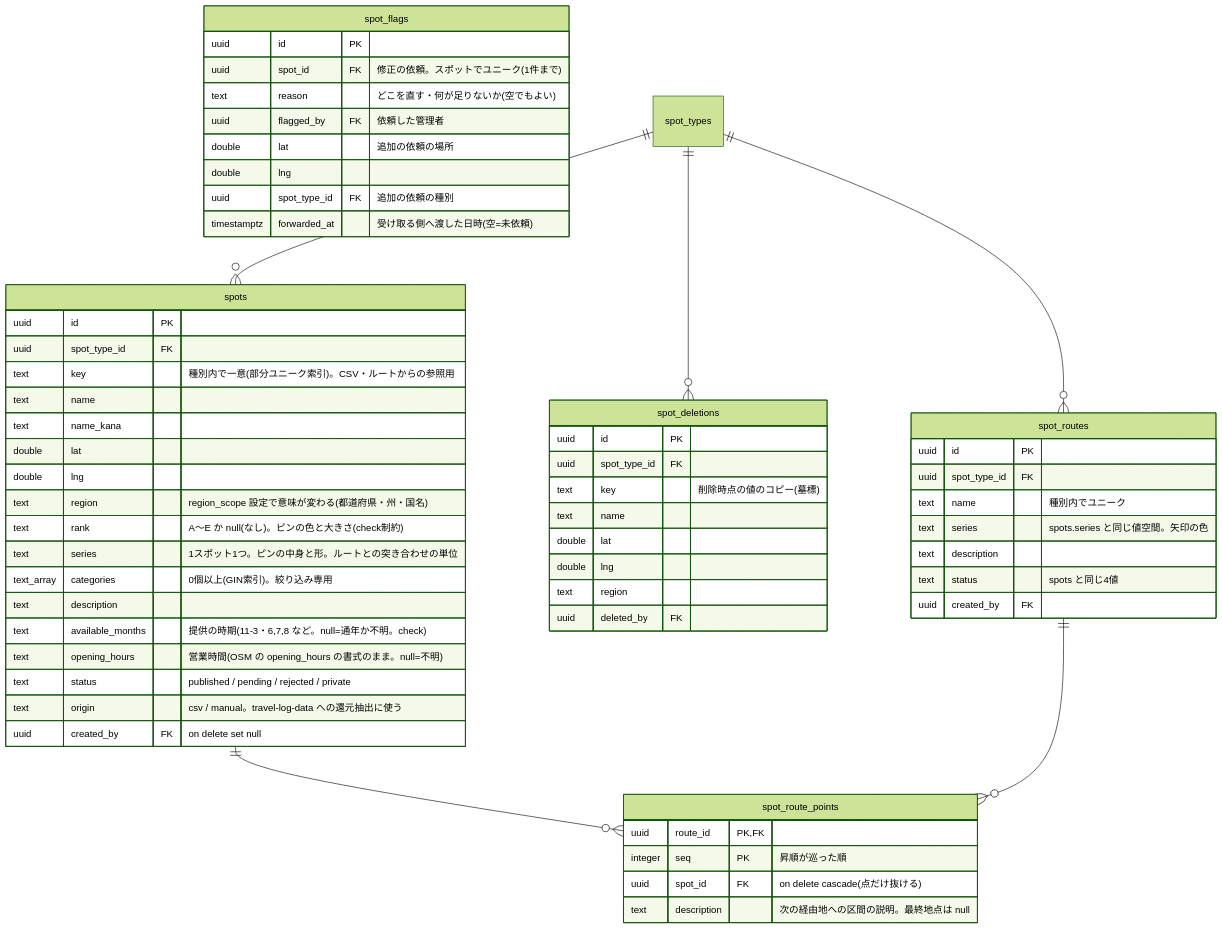
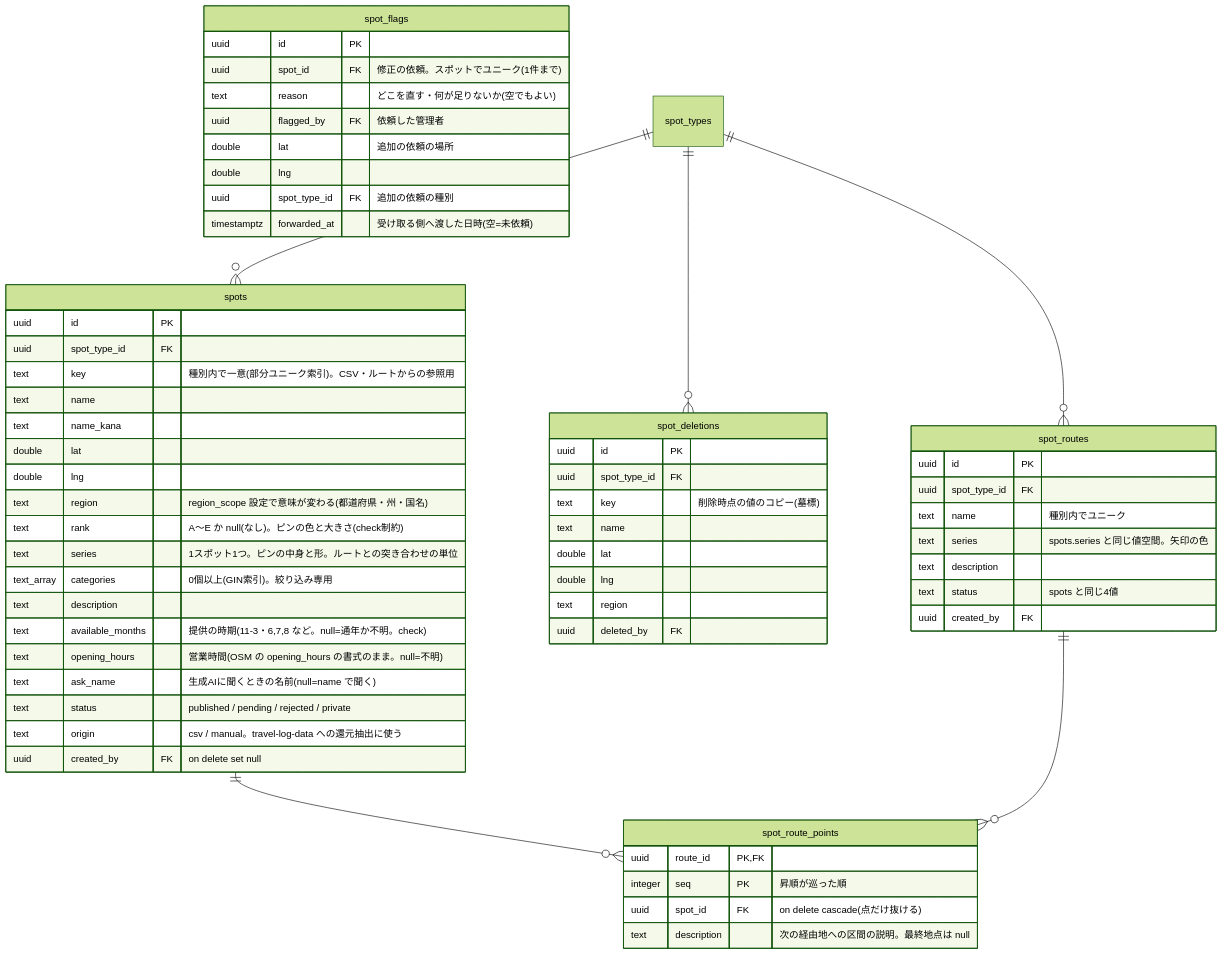
Before and after one commit to rtcode337/travel-log: the fourth of 5 diagrams in docs/database.md, drawn with Mermaid (forest theme). The commit also changed other lines of this file and 14 other files, not shown here.

````diff
--- a/docs/database.md
+++ b/docs/database.md
@@ -156,62 +156,63 @@
 ```mermaid
 erDiagram
     spots {
         uuid id PK
         uuid spot_type_id FK
         text key "種別内で一意(部分ユニーク索引)。CSV・ルートからの参照用"
         text name
         text name_kana
         double lat
         double lng
         text region "region_scope 設定で意味が変わる(都道府県・州・国名)"
         text rank "A〜E か null(なし)。ピンの色と大きさ(check制約)"
         text series "1スポット1つ。ピンの中身と形。ルートとの突き合わせの単位"
         text_array categories "0個以上(GIN索引)。絞り込み専用"
         text description
         text available_months "提供の時期(11-3・6,7,8 など。null=通年か不明。check)"
         text opening_hours "営業時間(OSM の opening_hours の書式のまま。null=不明)"
+        text ask_name "生成AIに聞くときの名前(null=name で聞く)"
         text status "published / pending / rejected / private"
         text origin "csv / manual。travel-log-data への還元抽出に使う"
         uuid created_by FK "on delete set null"
     }
     spot_deletions {
         uuid id PK
         uuid spot_type_id FK
         text key "削除時点の値のコピー(墓標)"
         text name
         double lat
         double lng
         text region
         uuid deleted_by FK
     }
     spot_flags {
         uuid id PK
         uuid spot_id FK "修正の依頼。スポットでユニーク(1件まで)"
         text reason "どこを直す・何が足りないか(空でもよい)"
         uuid flagged_by FK "依頼した管理者"
         double lat "追加の依頼の場所"
         double lng
         uuid spot_type_id FK "追加の依頼の種別"
         timestamptz forwarded_at "受け取る側へ渡した日時(空=未依頼)"
     }
     spot_routes {
         uuid id PK
         uuid spot_type_id FK
         text name "種別内でユニーク"
         text series "spots.series と同じ値空間。矢印の色"
         text description
         text status "spots と同じ4値"
         uuid created_by FK
     }
     spot_route_points {
         uuid route_id PK, FK
         integer seq PK "昇順が巡った順"
         uuid spot_id FK "on delete cascade(点だけ抜ける)"
         text description "次の経由地への区間の説明。最終地点は null"
     }
     spot_types ||--o{ spots : ""
     spot_types ||--o{ spot_deletions : ""
     spot_types ||--o{ spot_routes : ""
     spots ||--o{ spot_route_points : ""
     spot_routes ||--o{ spot_route_points : ""
 ```
````
